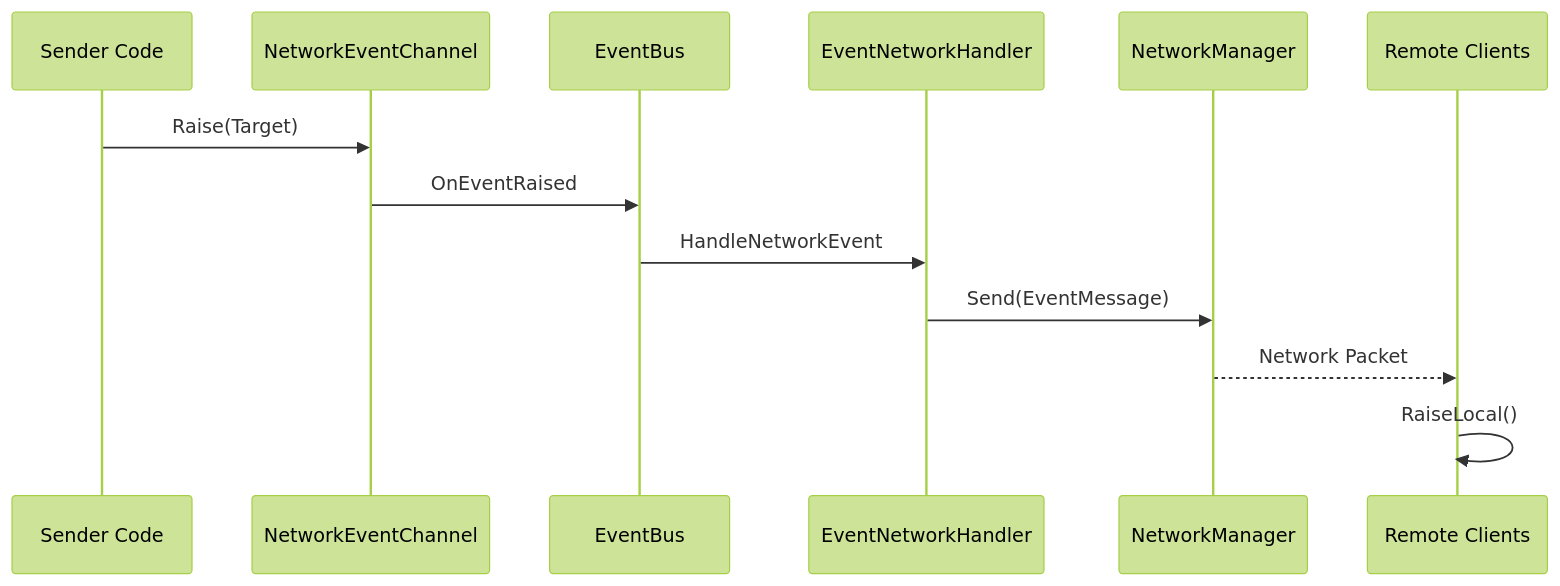
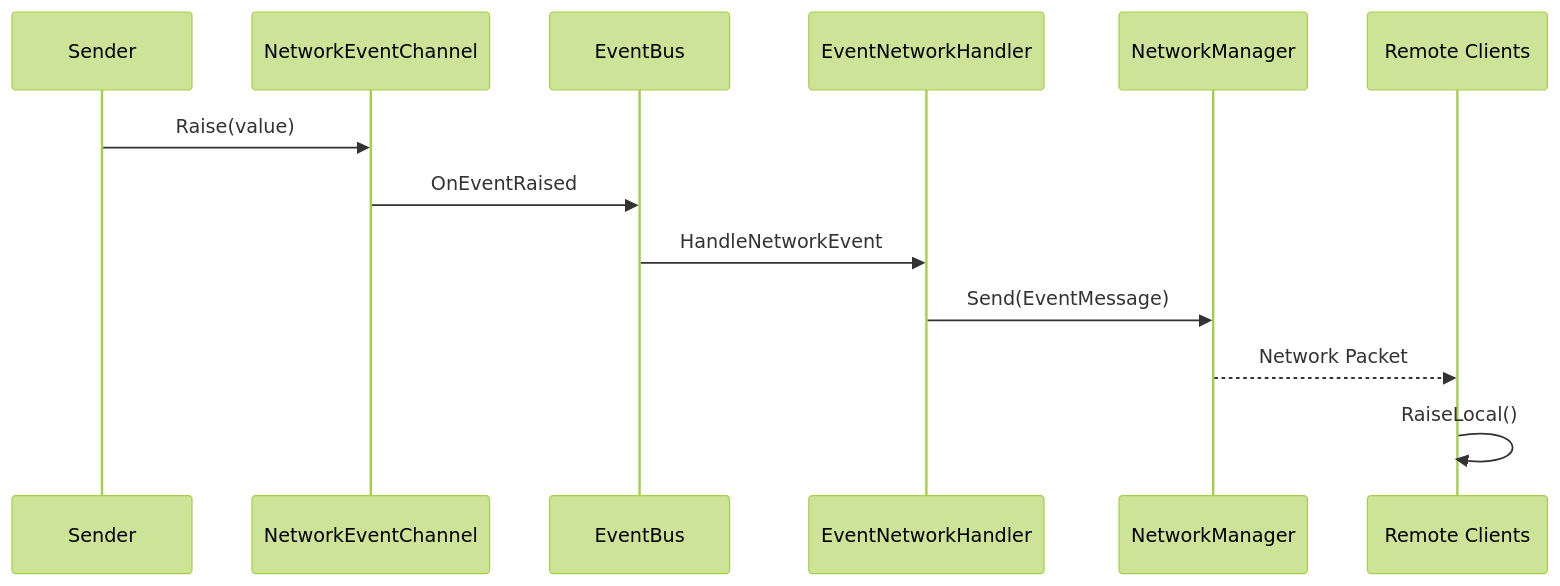
Before and after one commit to eraflo/Catalyst: the second of 2 diagrams in Documentation~/Modules/EventBus.md, drawn with Mermaid (forest theme). The commit also changed other lines of this file, not shown here.

````diff
--- a/Documentation~/Modules/EventBus.md
+++ b/Documentation~/Modules/EventBus.md
@@ -324,16 +391,16 @@
 ```mermaid
 sequenceDiagram
-    participant App as Sender Code
+    participant App as Sender
     participant EC as NetworkEventChannel
     participant EB as EventBus
     participant NH as EventNetworkHandler
     participant NM as NetworkManager
     participant R as Remote Clients
 
-    App->>EC: Raise(Target)
+    App->>EC: Raise(value)
     EC->>EB: OnEventRaised
     EB->>NH: HandleNetworkEvent
     NH->>NM: Send(EventMessage)
     NM-->>R: Network Packet
     R->>R: RaiseLocal()
 ```
````
